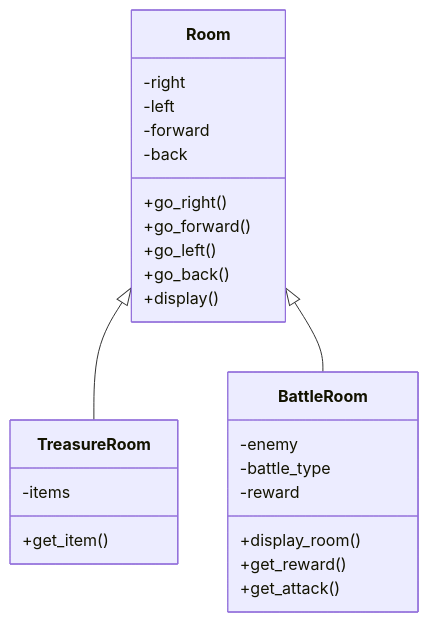
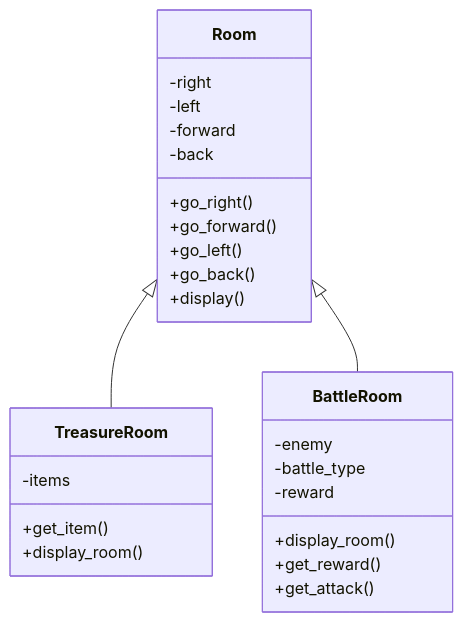
One commit to edward-yee-ny/j1-summary-project-private- changed the first of 3 diagrams in README.md. Above: the diagram before and after it, drawn with Mermaid. The commit also changed other lines of this file, not shown here.

````diff
--- a/README.md
+++ b/README.md
@@ -60,23 +60,24 @@
 ```mermaid
 classDiagram
     Room <|-- TreasureRoom
     Room <|-- BattleRoom
     Room : -right
     Room : -left
     Room : -forward
     Room : -back
     Room : +go_right()
     Room : +go_forward()
     Room : +go_left()
     Room : +go_back()
     Room : +display()
     TreasureRoom : -items
     TreasureRoom : +get_item()
+    TreasureRoom : +display_room()
     BattleRoom : -enemy
     BattleRoom : -battle_type
     BattleRoom : -reward
     BattleRoom : +display_room()
     BattleRoom : +get_reward()
     BattleRoom : +get_attack()
     
 ```
````
